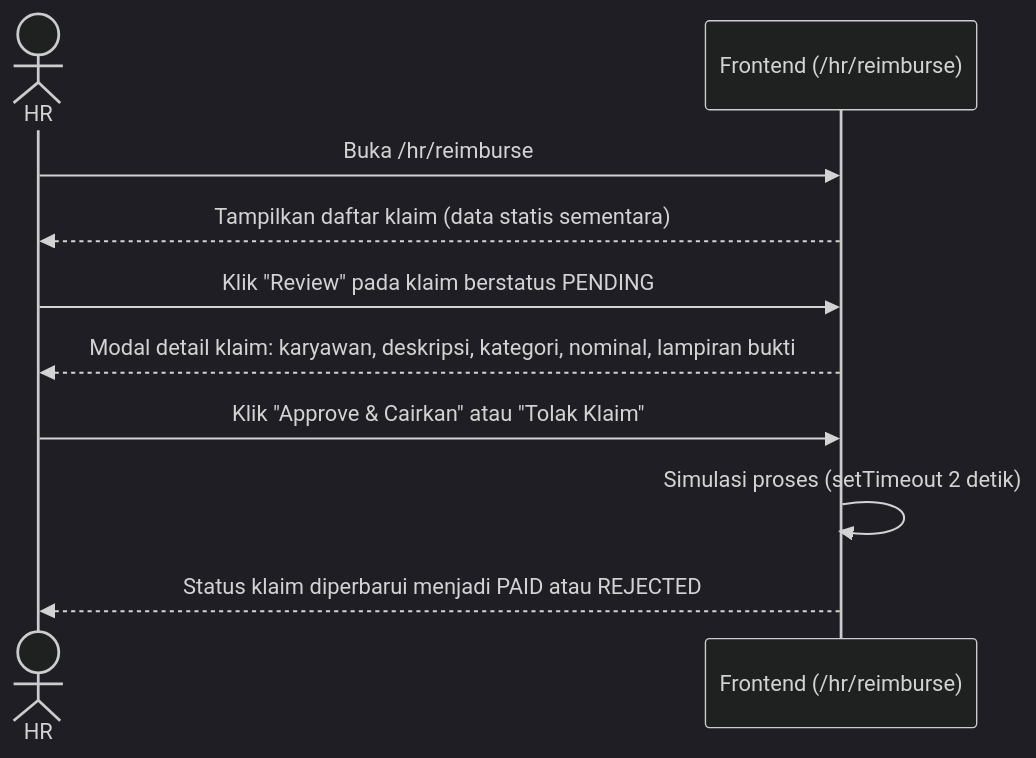
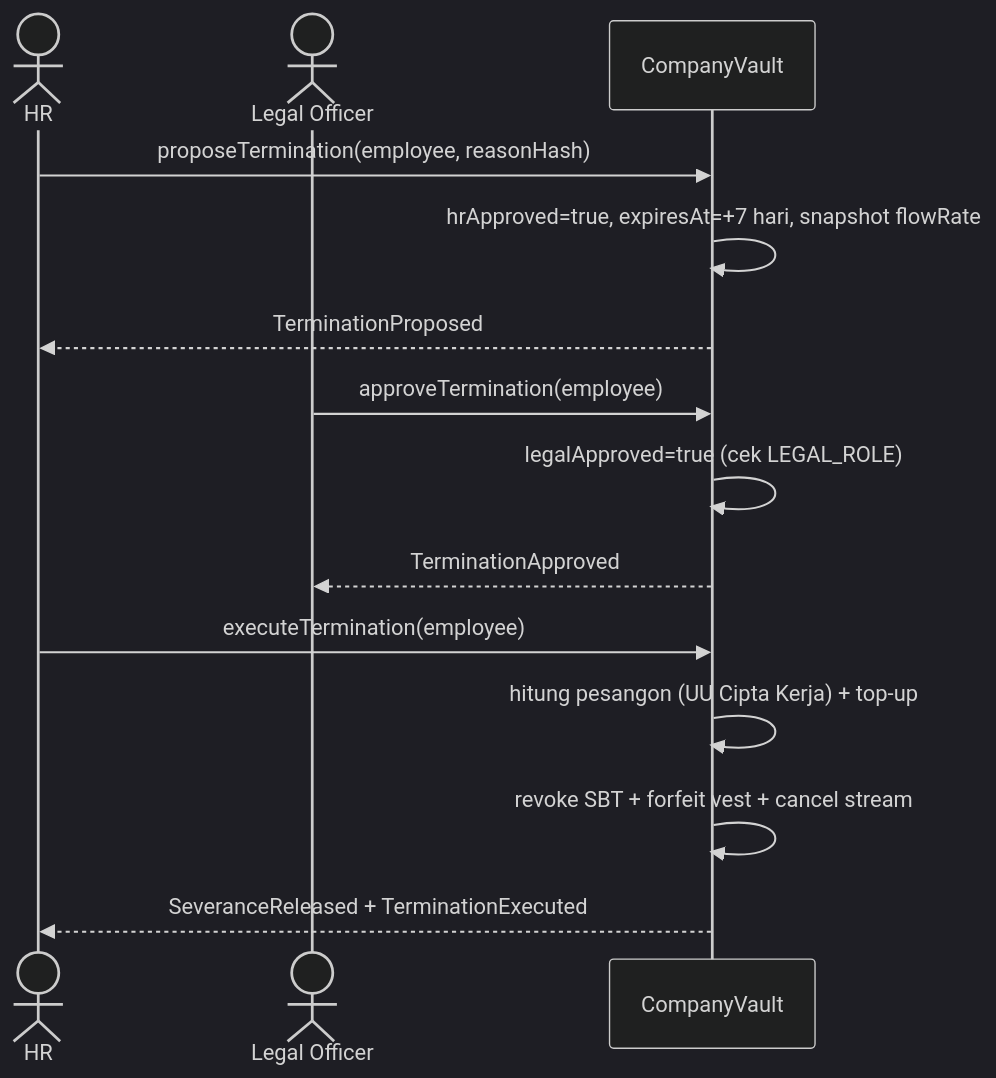
One commit to skripsi-payroll-dapp/docs changed diagram 15 of 44 in docs/DPPL.md. Above: the diagram before and after it, drawn with Mermaid (dark theme). The commit also changed other lines of this file and 4 other files, not shown here.

````diff
--- a/docs/DPPL.md
+++ b/docs/DPPL.md
@@ -964,13 +748,16 @@
 ```mermaid
 sequenceDiagram
     actor HR
-    participant FE as Frontend (/hr/reimburse)
-
-    HR->>FE: Buka /hr/reimburse
-    FE-->>HR: Tampilkan daftar klaim (data statis sementara)
-    HR->>FE: Klik "Review" pada klaim berstatus PENDING
-    FE-->>HR: Modal detail klaim: karyawan, deskripsi, kategori, nominal, lampiran bukti
-    HR->>FE: Klik "Approve & Cairkan" atau "Tolak Klaim"
-    FE->>FE: Simulasi proses (setTimeout 2 detik)
-    FE-->>HR: Status klaim diperbarui menjadi PAID atau REJECTED
+    actor Legal as Legal Officer
+    participant V as CompanyVault
+    HR->>V: proposeTermination(employee, reasonHash)
+    V->>V: hrApproved=true, expiresAt=+7 hari, snapshot flowRate
+    V-->>HR: TerminationProposed
+    Legal->>V: approveTermination(employee)
+    V->>V: legalApproved=true (cek LEGAL_ROLE)
+    V-->>Legal: TerminationApproved
+    HR->>V: executeTermination(employee)
+    V->>V: hitung pesangon (UU Cipta Kerja) + top-up
+    V->>V: revoke SBT + forfeit vest + cancel stream
+    V-->>HR: SeveranceReleased + TerminationExecuted
 ```
````
